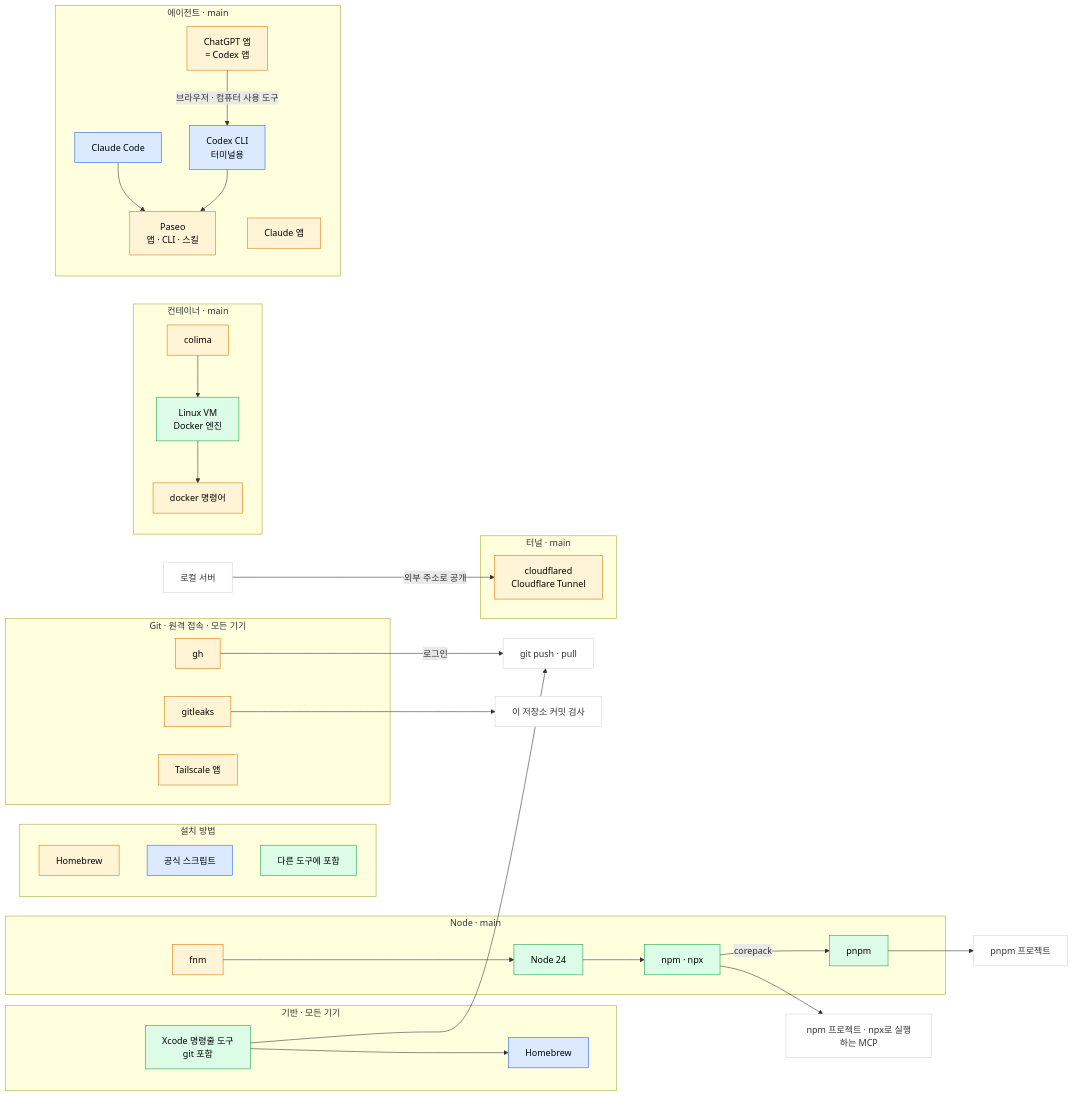
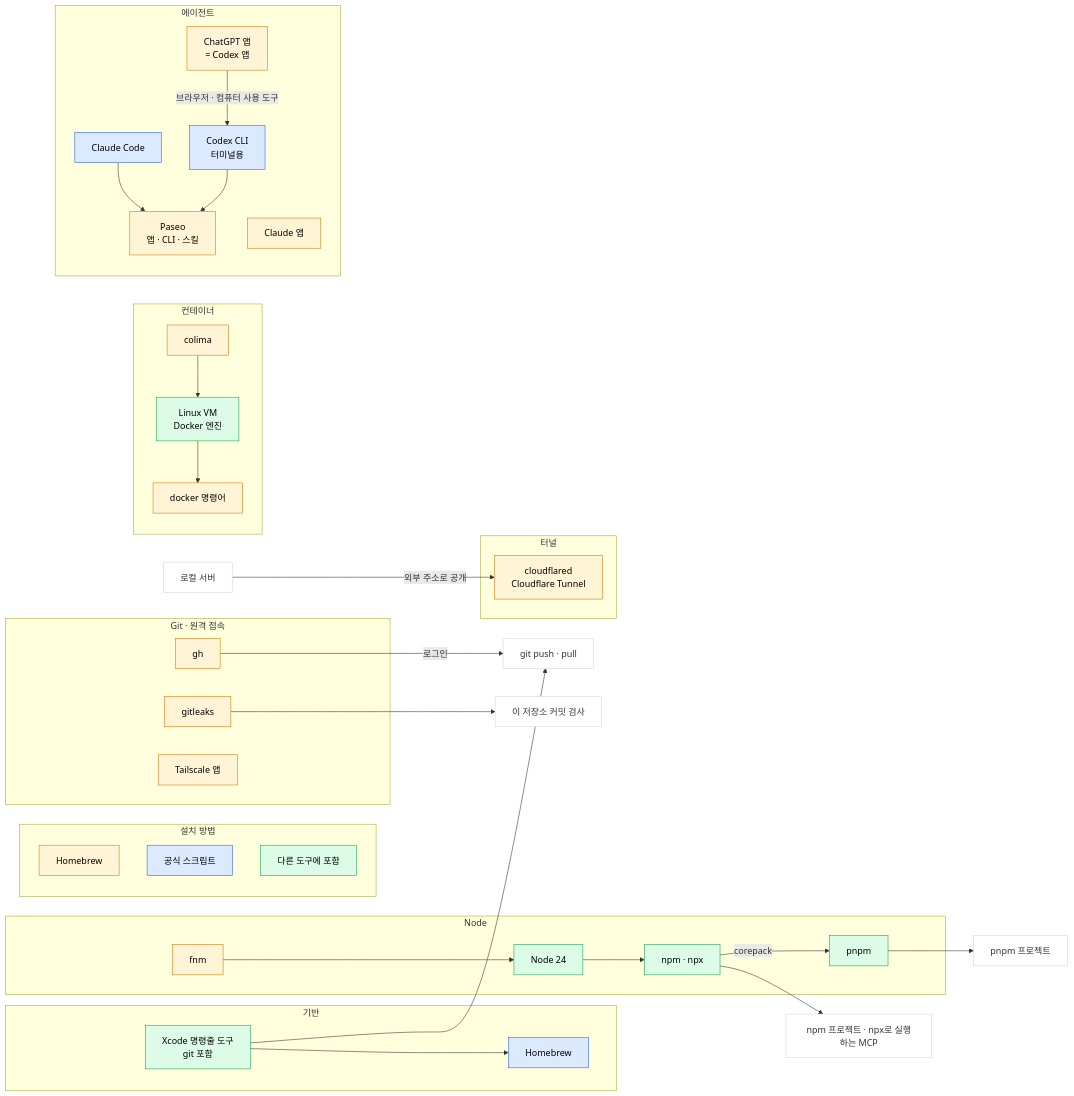
One commit to 01-works/bootstrap changed the diagram in TOOLS.md. Above: the diagram before and after it, drawn with Mermaid. The commit also changed other lines of this file and 18 other files, not shown here.

````diff
--- a/TOOLS.md
+++ b/TOOLS.md
@@ -9,70 +9,70 @@
 ```mermaid
 flowchart LR
   subgraph sgLegend["설치 방법"]
     direction TB
     LG1["Homebrew"]:::brew
     LG2["공식 스크립트"]:::script
     LG3["다른 도구에 포함"]:::bundled
   end
 
-  subgraph sgBase["기반 · 모든 기기"]
+  subgraph sgBase["기반"]
     CLT["Xcode 명령줄 도구<br/>git 포함"]
     BREW["Homebrew"]
   end
   CLT --> BREW
 
-  subgraph sgGit["Git · 원격 접속 · 모든 기기"]
+  subgraph sgGit["Git · 원격 접속"]
     GH["gh"]
     GL["gitleaks"]
     TSAPP["Tailscale 앱"]
   end
   CLT --> GIT["git push · pull"]
   GH -->|로그인| GIT
   GL --> HOOK["이 저장소 커밋 검사"]
 
-  subgraph sgNode["Node · main"]
+  subgraph sgNode["Node"]
     FNM["fnm"]
     NODE["Node 24"]
     NPM["npm · npx"]
     PNPM["pnpm"]
   end
   FNM --> NODE
   NODE --> NPM
   NPM -->|corepack| PNPM
   PNPM --> PP["pnpm 프로젝트"]
   NPM --> NP["npm 프로젝트 · npx로 실행하는 MCP"]
 
-  subgraph sgDocker["컨테이너 · main"]
+  subgraph sgDocker["컨테이너"]
     COLIMA["colima"]
     VM["Linux VM<br/>Docker 엔진"]
     DOCKER["docker 명령어"]
   end
   COLIMA --> VM
   VM --> DOCKER
 
-  subgraph sgAgents["에이전트 · main"]
+  subgraph sgAgents["에이전트"]
     CC["Claude Code"]
     CLAUDEAPP["Claude 앱"]
     CHATGPT["ChatGPT 앱<br/>= Codex 앱"]
     CODEX["Codex CLI<br/>터미널용"]
     PASEO["Paseo<br/>앱 · CLI · 스킬"]
   end
   CHATGPT -->|브라우저 · 컴퓨터 사용 도구| CODEX
   CC --> PASEO
   CODEX --> PASEO
 
-  subgraph sgTunnel["터널 · main"]
+  subgraph sgTunnel["터널"]
     CF["cloudflared<br/>Cloudflare Tunnel"]
   end
   LOCAL["로컬 서버"] -->|외부 주소로 공개| CF
 
   classDef brew fill:#fff4d6,stroke:#d97706,color:#000
   classDef script fill:#dbeafe,stroke:#2563eb,color:#000
   classDef bundled fill:#dcfce7,stroke:#16a34a,color:#000
   classDef use fill:#ffffff,stroke:#d1d5db,color:#333
 
   class BREW,CC,CODEX script
   class CLT,NODE,NPM,PNPM,VM bundled
   class FNM,COLIMA,DOCKER,CLAUDEAPP,CHATGPT,PASEO,CF,GH,GL,TSAPP brew
   class PP,NP,GIT,HOOK,LOCAL use
 ```
````
